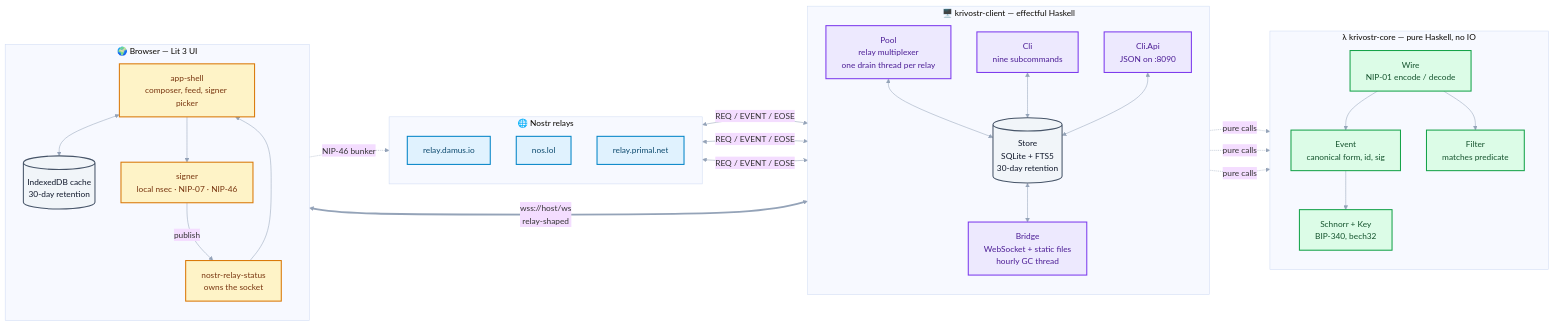
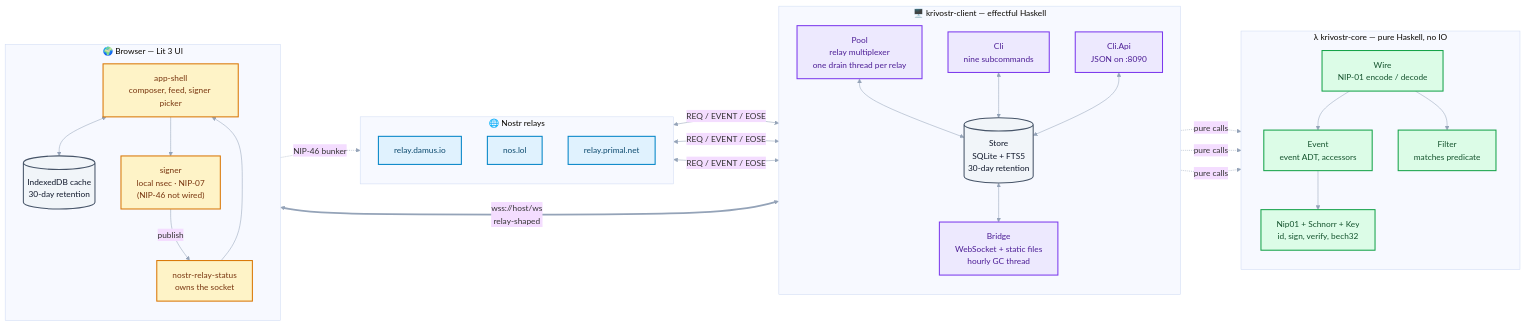
Before and after one commit to sagar-shirwalkar/krivostr: the diagram in README.md, drawn with Mermaid. The commit also changed other lines of this file and 18 other files, not shown here.

````diff
--- a/README.md
+++ b/README.md
@@ -255,67 +256,67 @@
 ```mermaid
 %%{init: {"theme": "base", "themeVariables": {"fontFamily": "ui-sans-serif, system-ui, sans-serif", "lineColor": "#94a3b8"}}}%%
 flowchart LR
     subgraph RELAYS["🌐 Nostr relays"]
         direction TB
         R1["relay.damus.io"]
         R2["nos.lol"]
         R3["relay.primal.net"]
     end
 
     subgraph CLIENT["🖥️ krivostr-client — effectful Haskell"]
         direction TB
         POOL["Pool<br/>relay multiplexer<br/>one drain thread per relay"]
         STORE[("Store<br/>SQLite + FTS5<br/>30-day retention")]
         BRIDGE["Bridge<br/>WebSocket + static files<br/>hourly GC thread"]
         CLI["Cli<br/>nine subcommands"]
         API["Cli.Api<br/>JSON on :8090"]
     end
 
     subgraph CORE["λ krivostr-core — pure Haskell, no IO"]
         direction TB
         WIRE["Wire<br/>NIP-01 encode / decode"]
-        EVENT["Event<br/>canonical form, id, sig"]
-        SCHNORR["Schnorr + Key<br/>BIP-340, bech32"]
+        EVENT["Event<br/>event ADT, accessors"]
+        SCHNORR["Nip01 + Schnorr + Key<br/>id, sign, verify, bech32"]
         FILTER["Filter<br/>matches predicate"]
     end
 
     subgraph BROWSER["🌍 Browser — Lit 3 UI"]
         direction TB
         SHELL["app-shell<br/>composer, feed, signer picker"]
         STATUS["nostr-relay-status<br/>owns the socket"]
-        SIGNER["signer<br/>local nsec · NIP-07 · NIP-46"]
+        SIGNER["signer<br/>local nsec · NIP-07<br/>(NIP-46 not wired)"]
         IDB[("IndexedDB cache<br/>30-day retention")]
     end
 
     R1 & R2 & R3 <-->|"REQ / EVENT / EOSE"| POOL
     POOL <--> STORE
     CLI <--> STORE
     API <--> STORE
     STORE <--> BRIDGE
 
     POOL -.->|"pure calls"| WIRE
     BRIDGE -.->|"pure calls"| WIRE
     CLI -.->|"pure calls"| WIRE
     WIRE --> EVENT
     WIRE --> FILTER
     EVENT --> SCHNORR
 
     BRIDGE <==>|"wss://host/ws<br/>relay-shaped"| STATUS
     STATUS --> SHELL
     SHELL <--> IDB
     SHELL --> SIGNER
     SIGNER -->|"publish"| STATUS
     SIGNER -.->|"NIP-46 bunker"| RELAYS
 
     classDef relay fill:#e0f2fe,stroke:#0284c7,stroke-width:2px,color:#0c4a6e
     classDef client fill:#ede9fe,stroke:#7c3aed,stroke-width:2px,color:#4c1d95
     classDef core fill:#dcfce7,stroke:#16a34a,stroke-width:2px,color:#14532d
     classDef ui fill:#fef3c7,stroke:#d97706,stroke-width:2px,color:#78350f
     classDef data fill:#f1f5f9,stroke:#475569,stroke-width:2px,color:#0f172a
 
     class R1,R2,R3 relay
     class POOL,BRIDGE,CLI,API client
     class WIRE,EVENT,SCHNORR,FILTER core
     class SHELL,STATUS,SIGNER ui
     class STORE,IDB data
 ```
````
